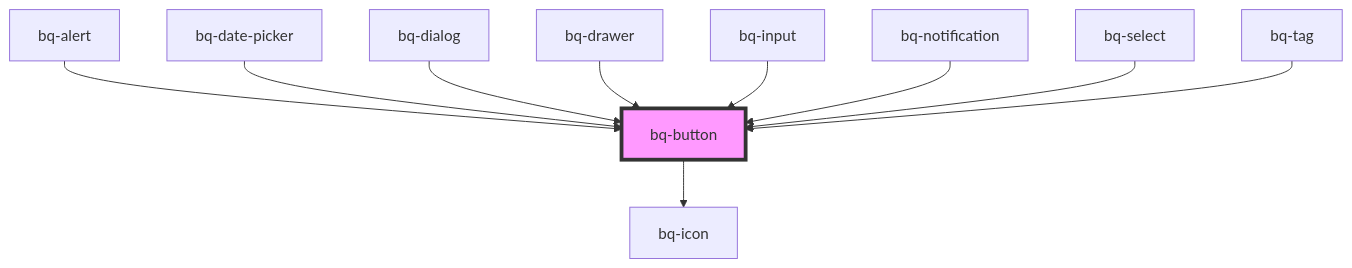
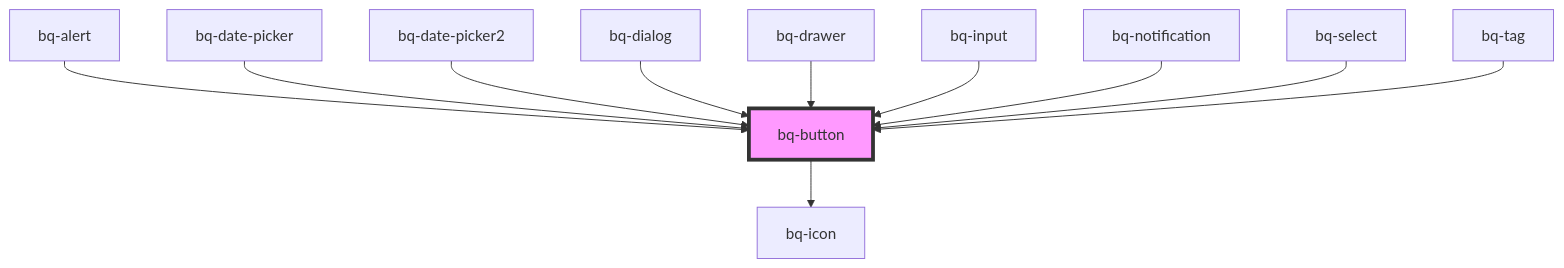
One commit to Endava/BEEQ changed the diagram in packages/beeq/src/components/button/readme.md. Above: the diagram before and after it, drawn with Mermaid. The commit also changed other lines of this file and 22 other files, not shown here.

First line of the commit message:
feat(DatePicker2): add new date picker component with selection logic

````diff
--- a/packages/beeq/src/components/button/readme.md
+++ b/packages/beeq/src/components/button/readme.md
@@ -78,13 +79,14 @@
 ```mermaid
 graph TD;
   bq-button --> bq-icon
   bq-alert --> bq-button
   bq-date-picker --> bq-button
+  bq-date-picker2 --> bq-button
   bq-dialog --> bq-button
   bq-drawer --> bq-button
   bq-input --> bq-button
   bq-notification --> bq-button
   bq-select --> bq-button
   bq-tag --> bq-button
   style bq-button fill:#f9f,stroke:#333,stroke-width:4px
 ```
````
